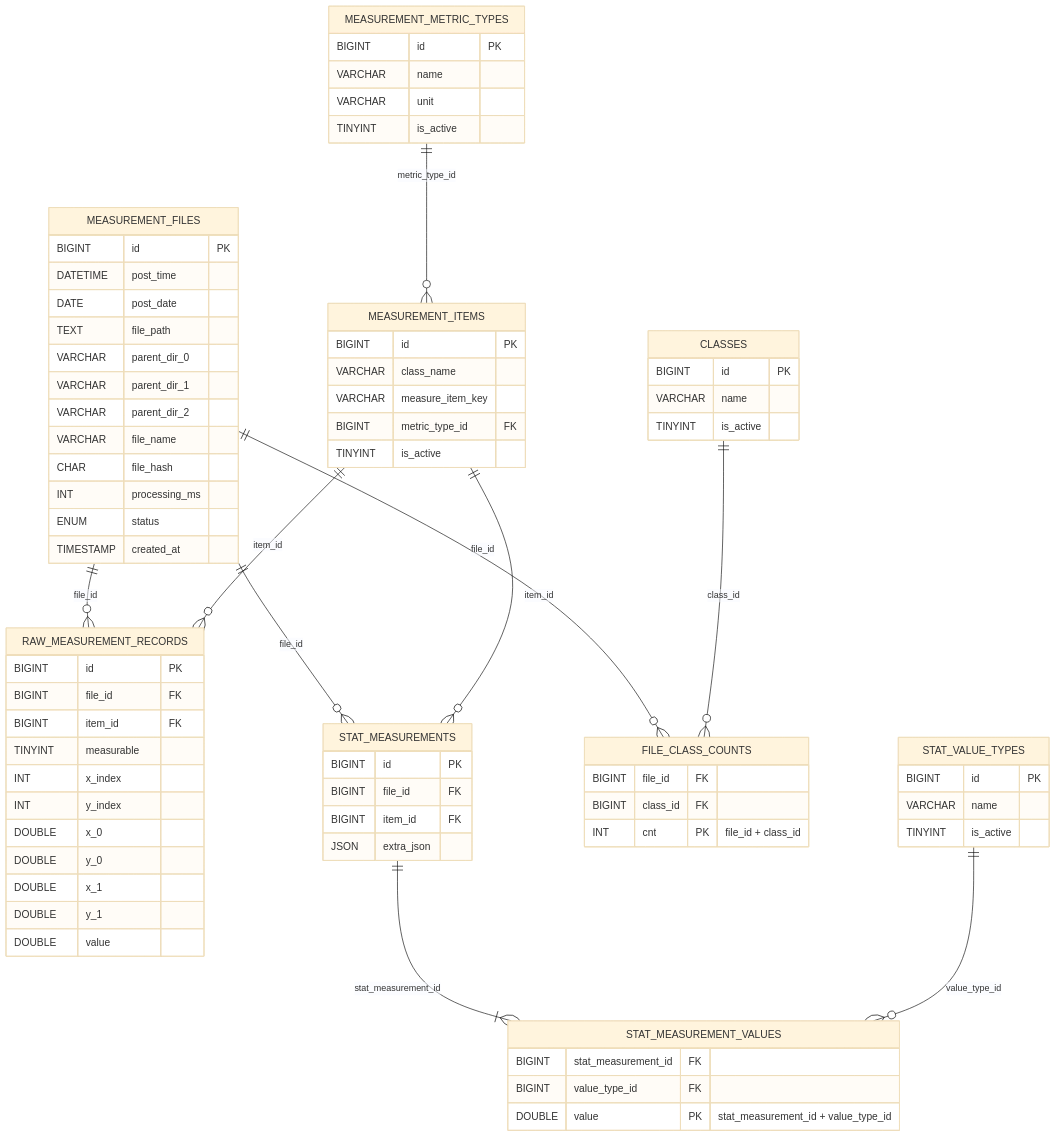
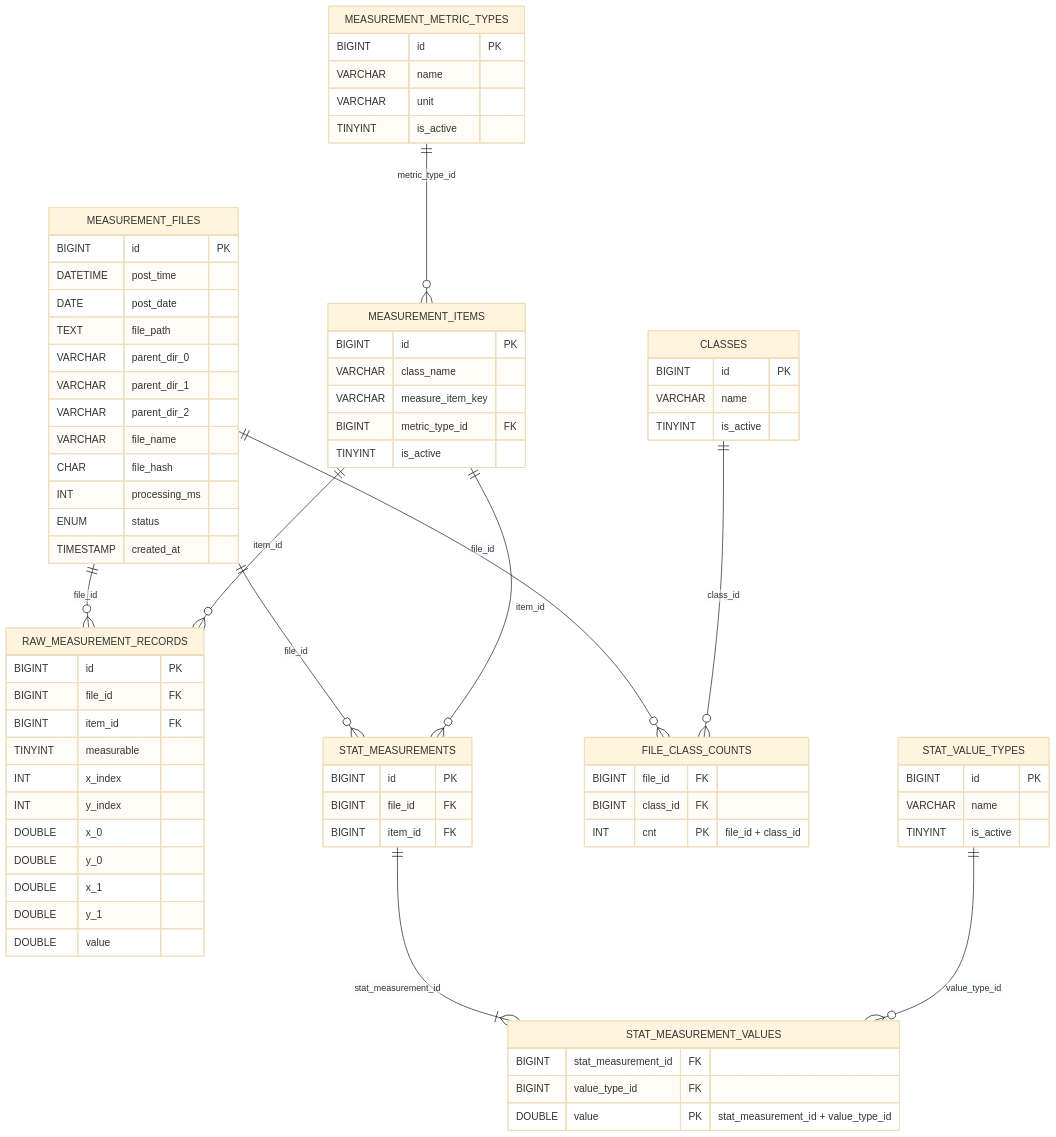
One commit to MouseBall54/measure_system changed the diagram in docs/db-schema.md. Above: the diagram before and after it, drawn with Mermaid (base theme). The commit also changed other lines of this file and 7 other files, not shown here.

```diff
--- a/docs/db-schema.md
+++ b/docs/db-schema.md
@@ -67,7 +67,6 @@
         BIGINT id PK
         BIGINT file_id FK
         BIGINT item_id FK
-        JSON extra_json
     }
 
     STAT_VALUE_TYPES {
```
